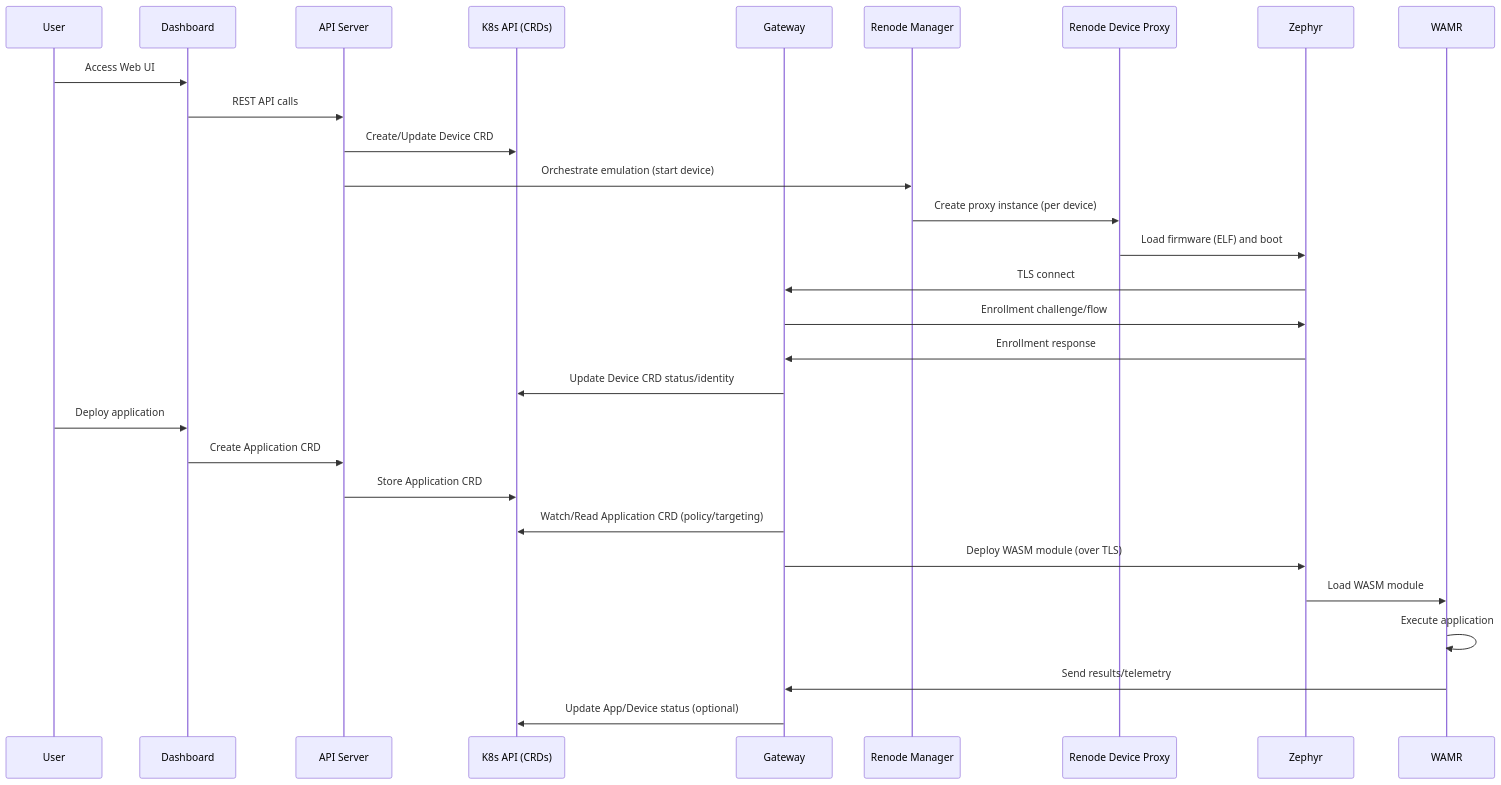
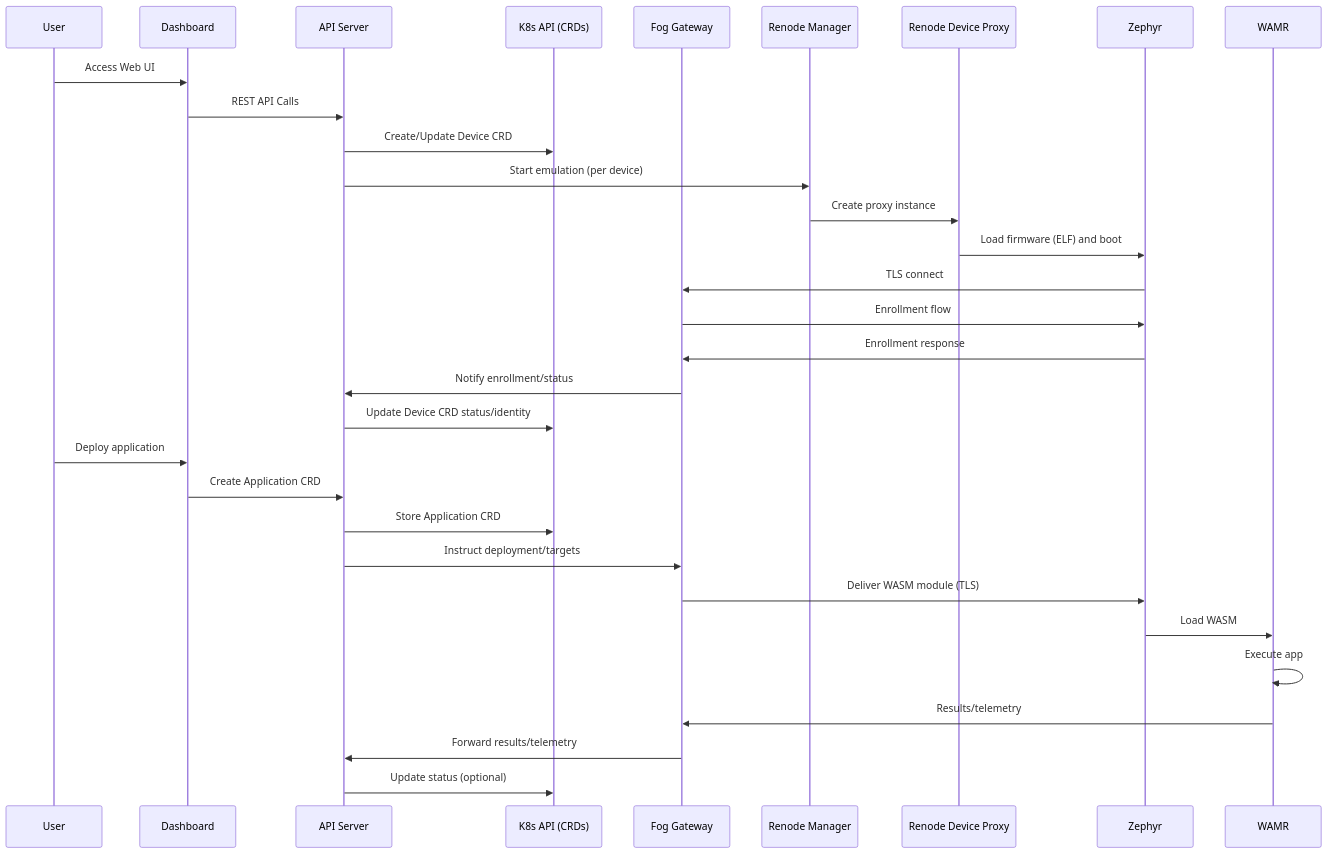
The third of 3 diagrams in README_TO_BE_DONE.MD (lucadagati/retrospect), drawn with Mermaid before and after one commit. The commit also changed other lines of this file, not shown here.

First line of the commit message:
Update README with revised architecture and flow

````diff
--- a/README_TO_BE_DONE.MD
+++ b/README_TO_BE_DONE.MD
@@ -186,38 +182,39 @@
 ```mermaid
 sequenceDiagram
     participant User
     participant Dashboard
     participant APIServer as API Server
     participant K8sAPI as K8s API (CRDs)
-    participant Gateway
+    participant Gateway as Fog Gateway
     participant RenodeMgr as Renode Manager
     participant DevProxy as Renode Device Proxy
     participant Zephyr
     participant WAMR
-    
+
     User->>Dashboard: Access Web UI
-    Dashboard->>APIServer: REST API calls
-    
+    Dashboard->>APIServer: REST API Calls
+
     APIServer->>K8sAPI: Create/Update Device CRD
-    APIServer->>RenodeMgr: Orchestrate emulation (start device)
-    RenodeMgr->>DevProxy: Create proxy instance (per device)
+    APIServer->>RenodeMgr: Start emulation (per device)
+    RenodeMgr->>DevProxy: Create proxy instance
     DevProxy->>Zephyr: Load firmware (ELF) and boot
-    
-    %% Device enrollment via gateway
+
     Zephyr->>Gateway: TLS connect
-    Gateway->>Zephyr: Enrollment challenge/flow
+    Gateway->>Zephyr: Enrollment flow
     Zephyr->>Gateway: Enrollment response
-    Gateway->>K8sAPI: Update Device CRD status/identity
-    
-    %% Deploy application via CRD + gateway
+
+    Gateway->>APIServer: Notify enrollment/status
+    APIServer->>K8sAPI: Update Device CRD status/identity
+
     User->>Dashboard: Deploy application
     Dashboard->>APIServer: Create Application CRD
     APIServer->>K8sAPI: Store Application CRD
-    
-    Gateway->>K8sAPI: Watch/Read Application CRD (policy/targeting)
-    Gateway->>Zephyr: Deploy WASM module (over TLS)
-    Zephyr->>WAMR: Load WASM module
-    WAMR->>WAMR: Execute application
-    WAMR->>Gateway: Send results/telemetry
-    Gateway->>K8sAPI: Update App/Device status (optional)
+
+    APIServer->>Gateway: Instruct deployment/targets
+    Gateway->>Zephyr: Deliver WASM module (TLS)
+    Zephyr->>WAMR: Load WASM
+    WAMR->>WAMR: Execute app
+    WAMR->>Gateway: Results/telemetry
+    Gateway->>APIServer: Forward results/telemetry
+    APIServer->>K8sAPI: Update status (optional)
 ```
````
